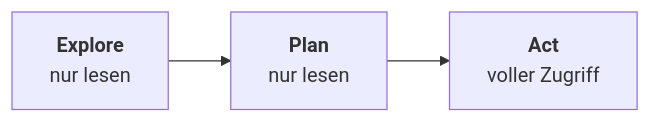
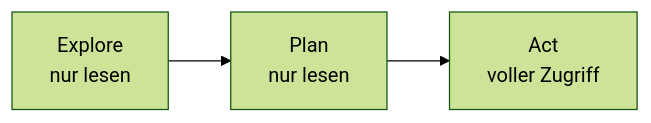
One commit to ralf-42/GenAI changed the fourth of 10 diagrams in docs/08-agenten/agent-architekturen.md. Above: the diagram before and after it, drawn with Mermaid. The commit also changed other lines of this file and 2 other files, not shown here.

````diff
--- a/docs/08-agenten/agent-architekturen.md
+++ b/docs/08-agenten/agent-architekturen.md
@@ -114,4 +137,5 @@
 ```mermaid
+%%{init: {'theme':'forest'}}%%
 flowchart LR
-    E["<b>Explore</b><br/>nur lesen"] --> P["<b>Plan</b><br/>nur lesen"] --> A["<b>Act</b><br/>voller Zugriff"]
+    E["Explore<br/>nur lesen"] --> P["Plan<br/>nur lesen"] --> A["Act<br/>voller Zugriff"]
 ```
````
